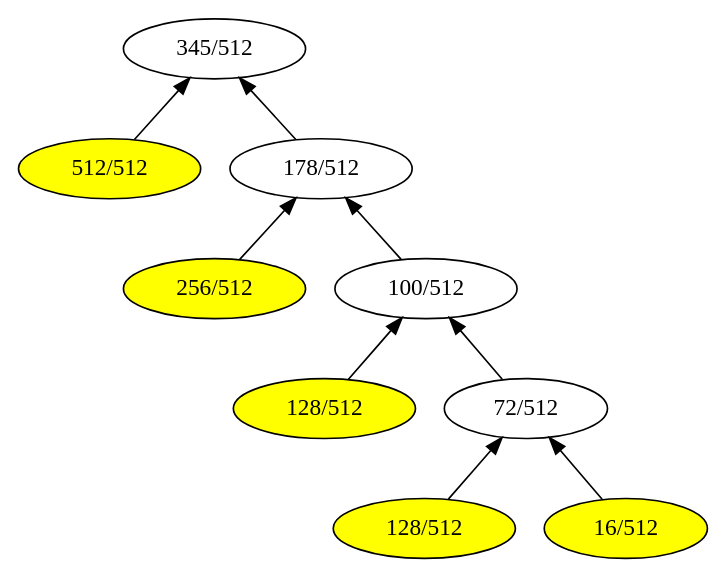
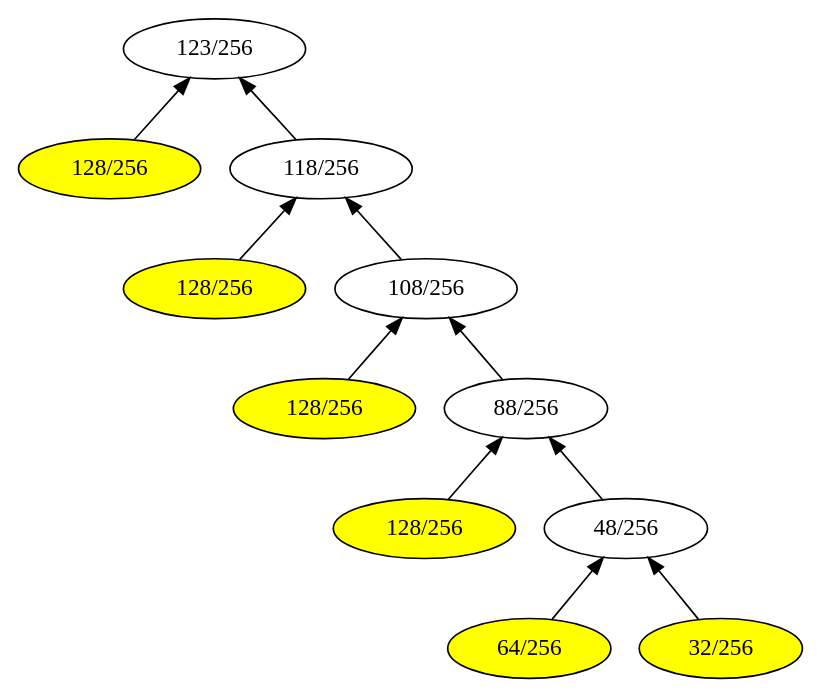
Before and after one commit to iitramar/guiTool: the diagram in GuiTool/image/Remia/RemiaDot.dot, drawn with Graphviz. The commit also changed 37 other files, not shown here.

```diff
--- a/GuiTool/image/Remia/RemiaDot.dot
+++ b/GuiTool/image/Remia/RemiaDot.dot
@@ -1,25 +1,30 @@
 digraph G { 
 rankdir = BT;
-1[label= " 345/512 " ];
-2[label= " 512/512 " ];
+1[label= " 123/256 " ];
+2[label= " 128/256 " ];
 2->1
-3[label= " 178/512 " ];
+3[label= " 118/256 " ];
 3->1
 2[style=filled, fillcolor=yellow];
-6[label= " 256/512 " ];
+6[label= " 128/256 " ];
 6->3
-7[label= " 100/512 " ];
+7[label= " 108/256 " ];
 7->3
 6[style=filled, fillcolor=yellow];
-14[label= " 128/512 " ];
+14[label= " 128/256 " ];
 14->7
-15[label= " 72/512 " ];
+15[label= " 88/256 " ];
 15->7
 14[style=filled, fillcolor=yellow];
-30[label= " 128/512 " ];
+30[label= " 128/256 " ];
 30->15
-31[label= " 16/512 " ];
+31[label= " 48/256 " ];
 31->15
 30[style=filled, fillcolor=yellow];
-31[style=filled, fillcolor=yellow];
+62[label= " 64/256 " ];
+62->31
+63[label= " 32/256 " ];
+63->31
+62[style=filled, fillcolor=yellow];
+63[style=filled, fillcolor=yellow];
 }
```
